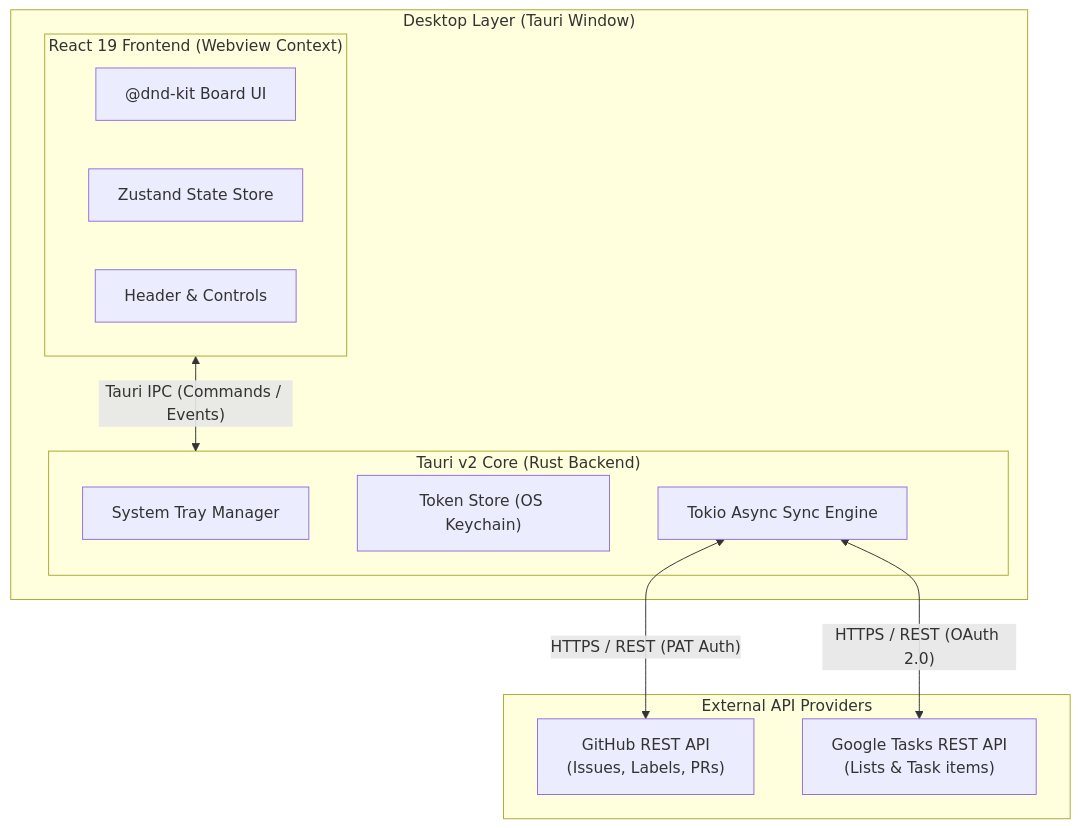
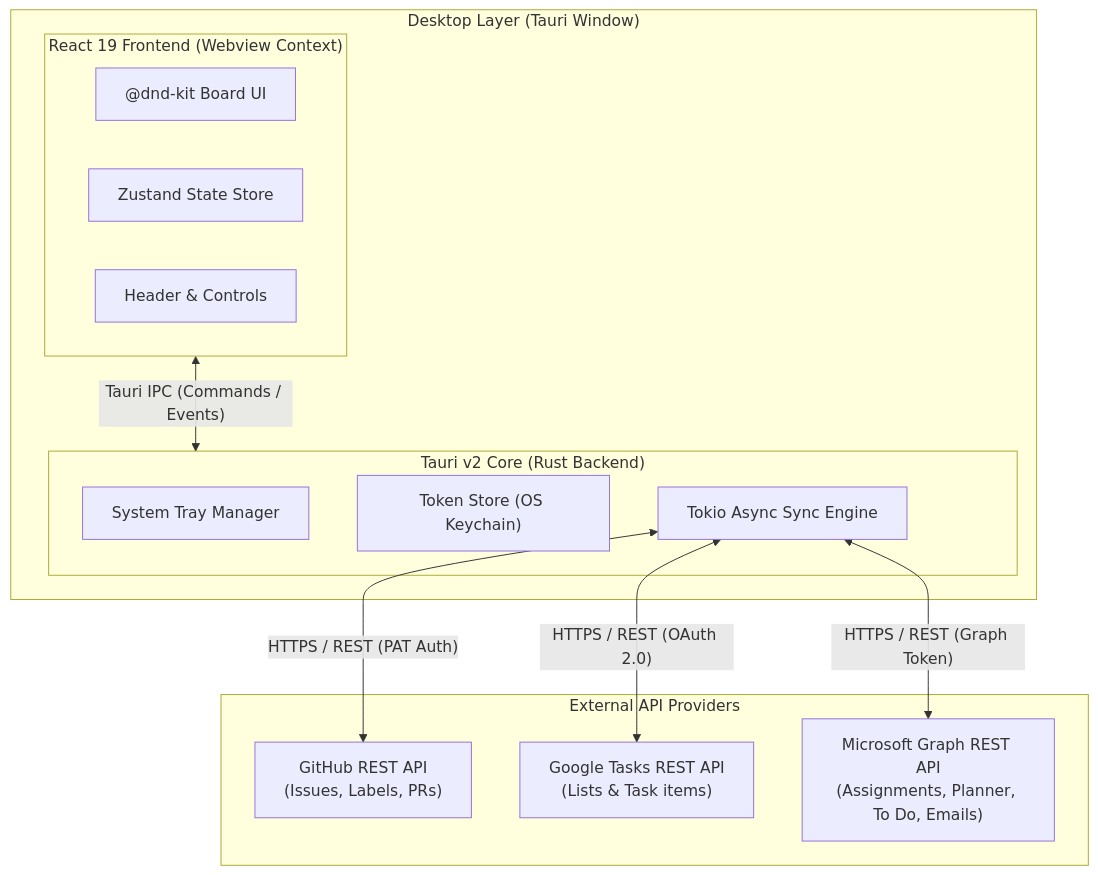
Before and after one commit to Dowiw/widkanban: the diagram in docs/architecture.md, drawn with Mermaid. The commit also changed other lines of this file and 7 other files, not shown here.

Commit message:
docs: add Microsoft 365 and Teams API setup guide and wire up env credentials

````diff
--- a/docs/architecture.md
+++ b/docs/architecture.md
@@ -20,26 +20,28 @@
 ```mermaid
 graph TD
     subgraph DesktopLayer["Desktop Layer (Tauri Window)"]
         subgraph Webview["React 19 Frontend (Webview Context)"]
             BoardUI["@dnd-kit Board UI"]
             ZustandStore["Zustand State Store"]
             HeaderControls["Header & Controls"]
         end
 
         subgraph RustBackend["Tauri v2 Core (Rust Backend)"]
             TrayMenu["System Tray Manager"]
             TokenStore["Token Store (OS Keychain)"]
             SyncEngine["Tokio Async Sync Engine"]
         end
 
         Webview <-->|"Tauri IPC (Commands / Events)"| RustBackend
     end
 
     subgraph ExternalProviders["External API Providers"]
         GitHubAPI["GitHub REST API<br/>(Issues, Labels, PRs)"]
         GoogleTasksAPI["Google Tasks REST API<br/>(Lists & Task items)"]
+        MicrosoftGraphAPI["Microsoft Graph REST API<br/>(Assignments, Planner, To Do, Emails)"]
     end
 
     SyncEngine <-->|"HTTPS / REST (PAT Auth)"| GitHubAPI
     SyncEngine <-->|"HTTPS / REST (OAuth 2.0)"| GoogleTasksAPI
+    SyncEngine <-->|"HTTPS / REST (Graph Token)"| MicrosoftGraphAPI
 ```
````
